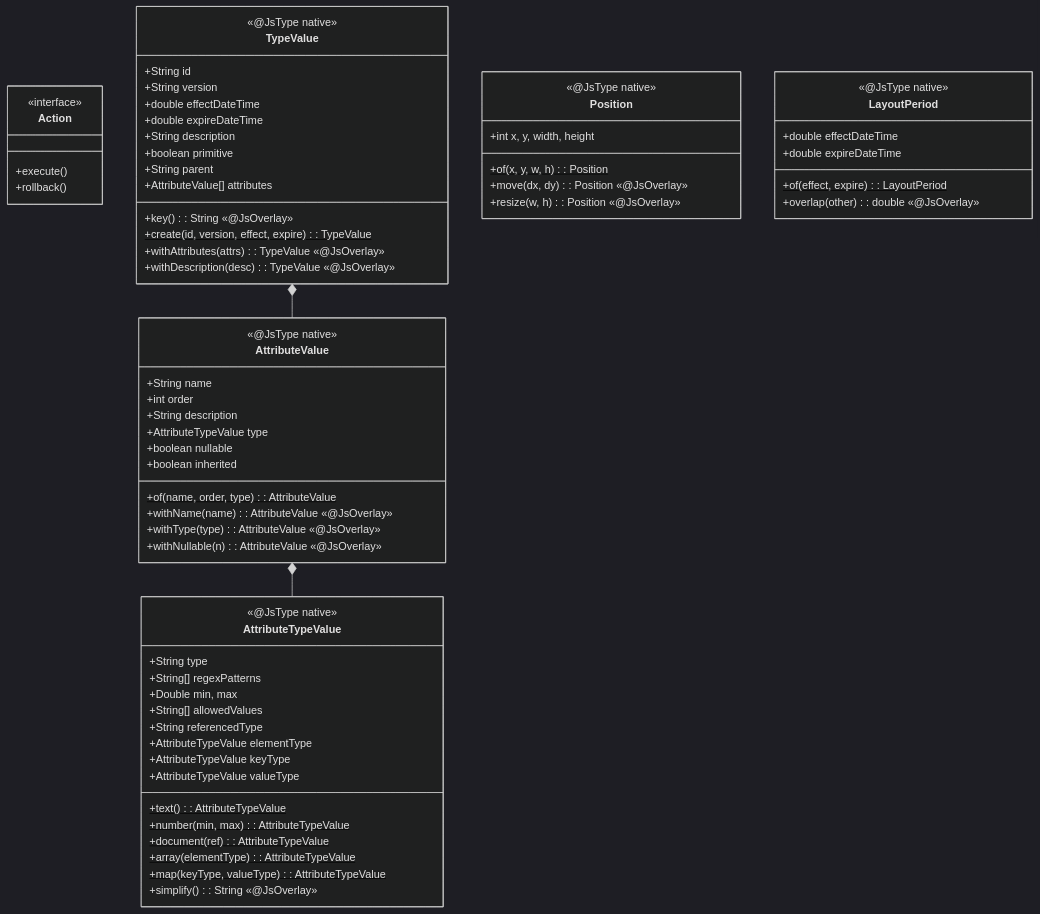
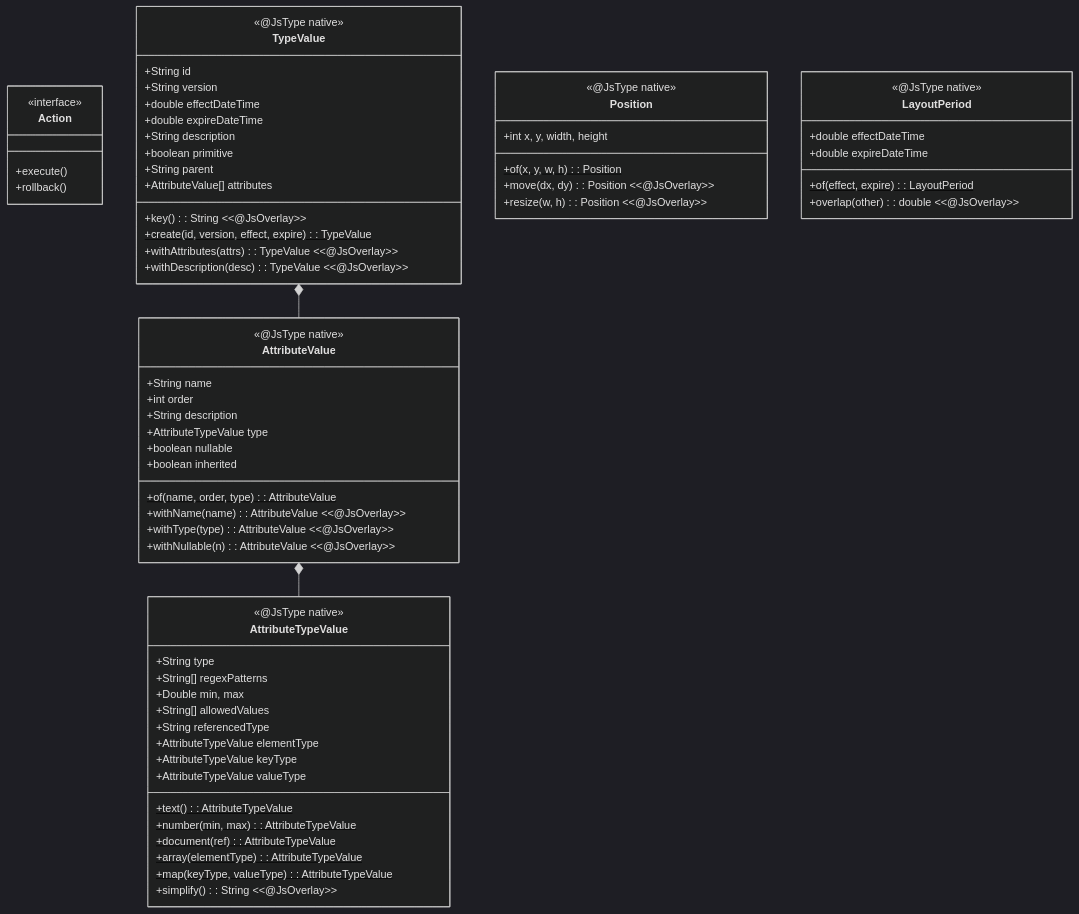
Before and after one commit to sayaya1090/handbook: the first of 11 diagrams in type-ui/CLASS-DIAGRAM.md, drawn with Mermaid (dark theme). The commit also changed other lines of this file and 22 other files, not shown here.

First line of the commit message:
docs: Mermaid 다이어그램 렌더링 오류 수정을 위한 구문 전수 교정

````diff
--- a/type-ui/CLASS-DIAGRAM.md
+++ b/type-ui/CLASS-DIAGRAM.md
@@ -5,70 +5,70 @@
 ```mermaid
 classDiagram
     class Action {
         <<interface>>
         +execute()
         +rollback()
     }
     class TypeValue {
         <<@JsType native>>
         +String id
         +String version
         +double effectDateTime
         +double expireDateTime
         +String description
         +boolean primitive
         +String parent
         +AttributeValue[] attributes
-        +key(): String «@JsOverlay»
+        +key(): String <<@JsOverlay>>
         +create(id, version, effect, expire): TypeValue$
-        +withAttributes(attrs): TypeValue «@JsOverlay»
-        +withDescription(desc): TypeValue «@JsOverlay»
+        +withAttributes(attrs): TypeValue <<@JsOverlay>>
+        +withDescription(desc): TypeValue <<@JsOverlay>>
     }
     class AttributeValue {
         <<@JsType native>>
         +String name
         +int order
         +String description
         +AttributeTypeValue type
         +boolean nullable
         +boolean inherited
         +of(name, order, type): AttributeValue$
-        +withName(name): AttributeValue «@JsOverlay»
-        +withType(type): AttributeValue «@JsOverlay»
-        +withNullable(n): AttributeValue «@JsOverlay»
+        +withName(name): AttributeValue <<@JsOverlay>>
+        +withType(type): AttributeValue <<@JsOverlay>>
+        +withNullable(n): AttributeValue <<@JsOverlay>>
     }
     class AttributeTypeValue {
         <<@JsType native>>
         +String type
         +String[] regexPatterns
         +Double min, max
         +String[] allowedValues
         +String referencedType
         +AttributeTypeValue elementType
         +AttributeTypeValue keyType
         +AttributeTypeValue valueType
         +text(): AttributeTypeValue$
         +number(min, max): AttributeTypeValue$
         +document(ref): AttributeTypeValue$
         +array(elementType): AttributeTypeValue$
         +map(keyType, valueType): AttributeTypeValue$
-        +simplify(): String «@JsOverlay»
+        +simplify(): String <<@JsOverlay>>
     }
     class Position {
         <<@JsType native>>
         +int x, y, width, height
         +of(x, y, w, h): Position$
-        +move(dx, dy): Position «@JsOverlay»
-        +resize(w, h): Position «@JsOverlay»
+        +move(dx, dy): Position <<@JsOverlay>>
+        +resize(w, h): Position <<@JsOverlay>>
     }
     class LayoutPeriod {
         <<@JsType native>>
         +double effectDateTime
         +double expireDateTime
         +of(effect, expire): LayoutPeriod$
-        +overlap(other): double «@JsOverlay»
+        +overlap(other): double <<@JsOverlay>>
     }
 
     TypeValue *-- AttributeValue
     AttributeValue *-- AttributeTypeValue
 ```
````
